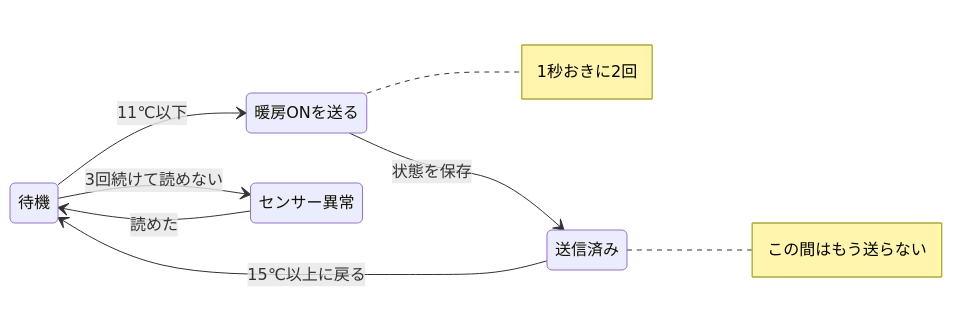
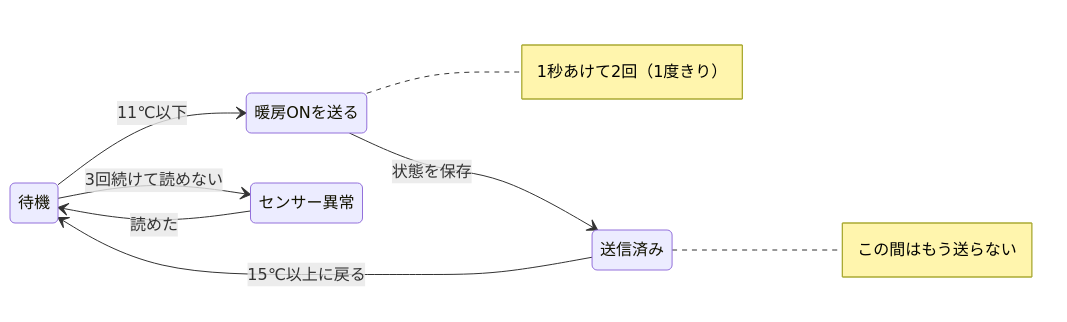
Before and after one commit to k20042kamiya/esp32-heater-switch: the second of 2 diagrams in docs/design.md, drawn with Mermaid. The commit also changed other lines of this file, not shown here.

Commit message:
Clarify IR send count wording

````diff
--- a/docs/design.md
+++ b/docs/design.md
@@ -86,11 +86,11 @@
 ```mermaid
 stateDiagram-v2
   direction LR
   待機 --> 暖房ONを送る: 11℃以下
   暖房ONを送る --> 送信済み: 状態を保存
   送信済み --> 待機: 15℃以上に戻る
   待機 --> センサー異常: 3回続けて読めない
   センサー異常 --> 待機: 読めた
-  note right of 暖房ONを送る: 1秒おきに2回
+  note right of 暖房ONを送る: 1秒あけて2回（1度きり）
   note right of 送信済み: この間はもう送らない
 ```
````
